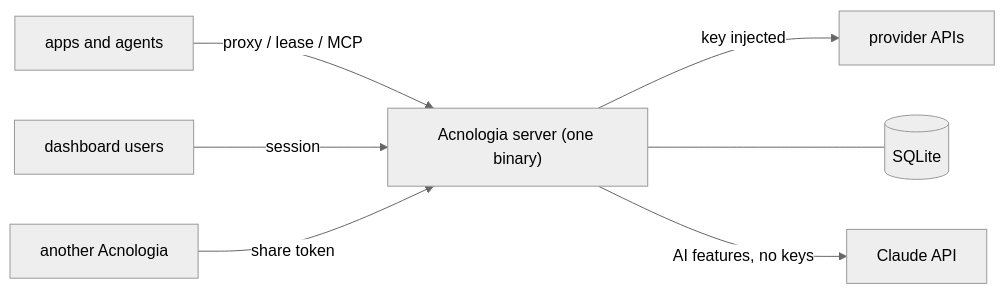
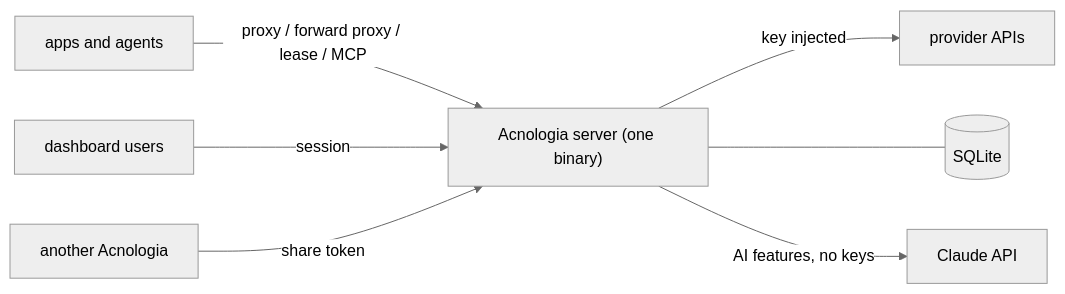
Before and after one commit to sidharthpunathil/acnologia: the diagram in docs/README.md, drawn with Mermaid (neutral theme). The commit also changed other lines of this file and 73 other files, not shown here.

First line of the commit message:
Let apps use Acnologia as their HTTPS_PROXY and call provider URLs directly

````diff
--- a/docs/README.md
+++ b/docs/README.md
@@ -26,9 +26,9 @@
 ```mermaid
 flowchart LR
-    Apps["apps and agents"] -->|"proxy / lease / MCP"| Acnologia["Acnologia server (one binary)"]
+    Apps["apps and agents"] -->|"proxy / forward proxy / lease / MCP"| Acnologia["Acnologia server (one binary)"]
     Admins["dashboard users"] -->|"session"| Acnologia
     Peer["another Acnologia"] -->|"share token"| Acnologia
     Acnologia -->|"key injected"| Providers["provider APIs"]
     Acnologia --- DB[("SQLite")]
     Acnologia -->|"AI features, no keys"| Claude["Claude API"]
 ```
````
